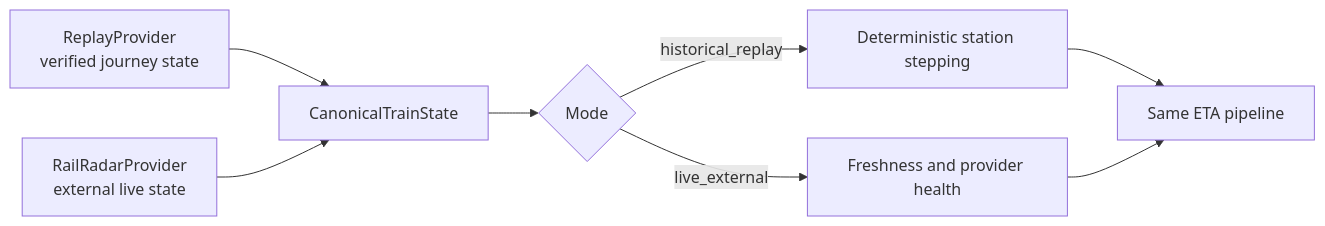
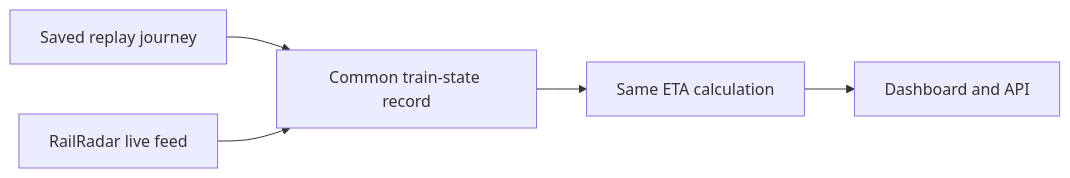
The fourth of 5 diagrams in README.md (ShresthSingh01/ETA), drawn with Mermaid before and after one commit. The commit also changed other lines of this file, not shown here.

````diff
--- a/README.md
+++ b/README.md
@@ -360,10 +316,7 @@
 ```mermaid
 flowchart LR
-    A[ReplayProvider<br/>verified journey state] --> C[CanonicalTrainState]
-    B[RailRadarProvider<br/>external live state] --> C
-    C --> D{Mode}
-    D -->|historical_replay| E[Deterministic station stepping]
-    D -->|live_external| F[Freshness and provider health]
-    E --> G[Same ETA pipeline]
-    F --> G
+    A[Saved replay journey] --> C[Common train-state record]
+    B[RailRadar live feed] --> C
+    C --> D[Same ETA calculation]
+    D --> E[Dashboard and API]
 ```
````
